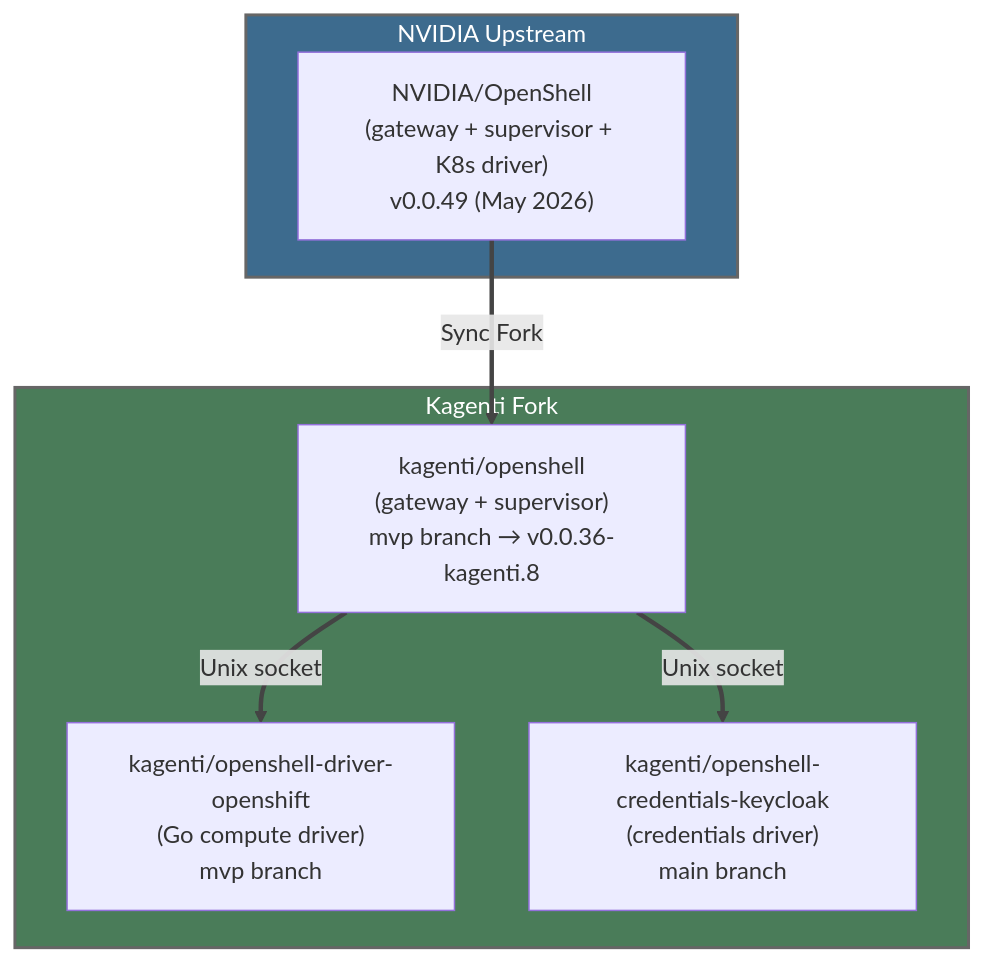
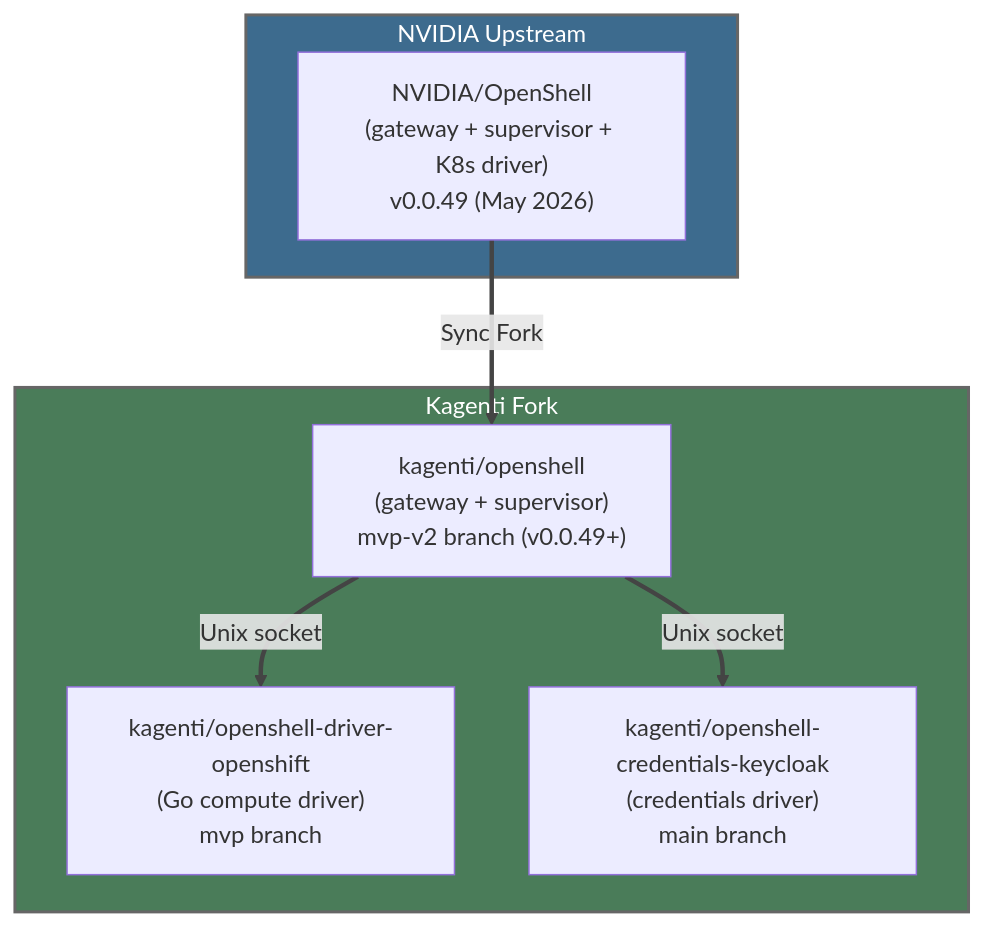
The first of 2 diagrams in docs/research/openshell-fork-analysis.md (kagenti/kagenti), drawn with Mermaid before and after one commit. The commit also changed other lines of this file, not shown here.

````diff
--- a/docs/research/openshell-fork-analysis.md
+++ b/docs/research/openshell-fork-analysis.md
@@ -13,21 +13,21 @@
 ```mermaid
 flowchart TB
     subgraph UPSTREAM["NVIDIA Upstream"]
         NOS["NVIDIA/OpenShell\n(gateway + supervisor + K8s driver)\nv0.0.49 (May 2026)"]
     end
 
     subgraph KAGENTI["Kagenti Fork"]
-        KOS["kagenti/openshell\n(gateway + supervisor)\nmvp branch → v0.0.36-kagenti.8"]
+        KOS["kagenti/openshell\n(gateway + supervisor)\nmvp-v2 branch (v0.0.49+)"]
         KDR["kagenti/openshell-driver-openshift\n(Go compute driver)\nmvp branch"]
         KCR["kagenti/openshell-credentials-keycloak\n(credentials driver)\nmain branch"]
     end
 
     NOS -->|"Sync Fork"| KOS
     KOS -->|"Unix socket"| KDR
     KOS -->|"Unix socket"| KCR
 
     style UPSTREAM fill:#3d6b8e,color:#fff,stroke:#666,stroke-width:2px
     style KAGENTI fill:#4a7c59,color:#fff,stroke:#666,stroke-width:2px
 
     linkStyle default stroke:#444,stroke-width:3px
 ```
````
